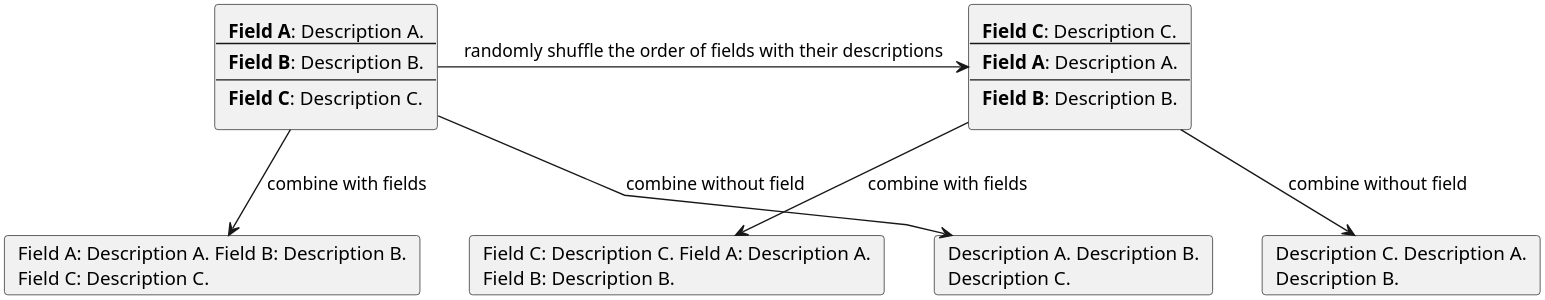
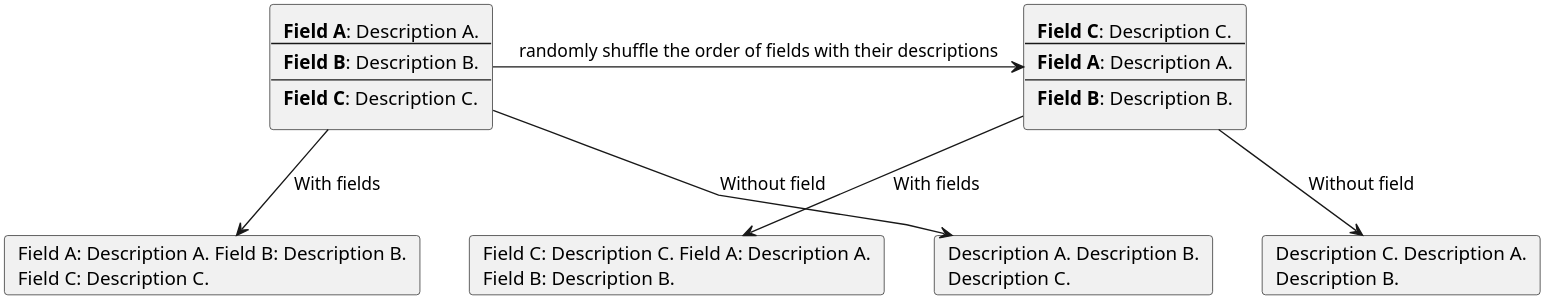
Before and after one commit to C-Campbell-Lab/A-BERT-model-from-pathology-synopses: the diagram in uml/text_aug.pu, drawn with PlantUML. The commit also changed 6 other files, not shown here.

```diff
--- a/uml/text_aug.pu
+++ b/uml/text_aug.pu
@@ -1,53 +1,53 @@
 @startuml text_aug
 ' skinparam defaultTextAlignment center
 skinparam linetype polyline
 skinparam Dpi 300
 
 together {
     rectangle origin as "
     **Field A**: Description A.
     ---
     **Field B**: Description B.
     ---
     **Field C**: Description C.
     "
 
     rectangle aug as "
     **Field C**: Description C.
     ---
     **Field A**: Description A.
     ---
     **Field B**: Description B.
     "
 }
 
 together {
     card text_ori as "Field A: Description A. Field B: Description B.
      Field C: Description C."
 
     card text_aug as "Field C: Description C. Field A: Description A.
      Field B: Description B."
 }
 
 together {
 card text_ori_no as "Description A. Description B.
  Description C."
 card text_aug_no as "Description C. Description A.
  Description B."
 }
 
 origin -r-> aug : "randomly shuffle the order of fields with their descriptions"
 
 
-origin -d-> text_ori : "combine with fields"
+origin -d-> text_ori : "With fields"
 
-aug -d-> text_aug : "combine with fields"
+aug -d-> text_aug : "With fields"
 
 
-origin -d-> text_ori_no : "combine without field"
+origin -d-> text_ori_no : "Without field"
 
-aug -d-> text_aug_no : "combine without field"
+aug -d-> text_aug_no : "Without field"
 
 ' text_ori -[hidden]-> text_ori_no
 ' text_aug -[hidden]-> text_aug_no
 @enduml
```
